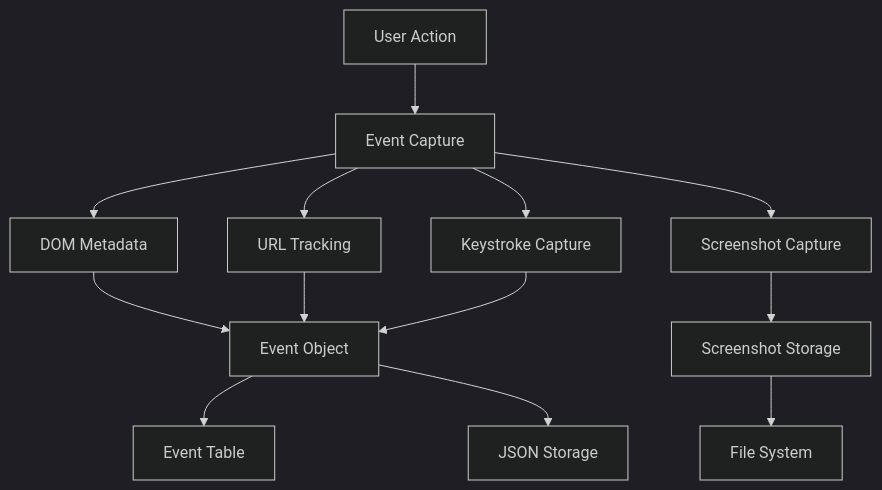
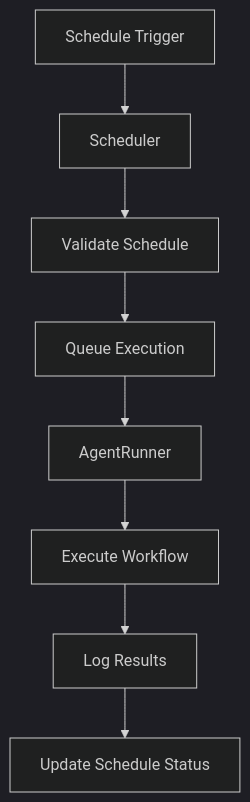
One commit to richvergo/subtract changed the tenth of 11 diagrams in ARCHITECTURE.md. Above: the diagram before and after it, drawn with Mermaid (dark theme). The commit also changed other lines of this file and 148 other files, not shown here.

````diff
--- a/ARCHITECTURE.md
+++ b/ARCHITECTURE.md
@@ -140,15 +372,10 @@
 ```mermaid
 graph TD
-    A[User Action] --> B[Event Capture]
-    B --> C[DOM Metadata]
-    B --> D[URL Tracking]
-    B --> E[Keystroke Capture]
-    B --> F[Screenshot Capture]
-    C --> G[Event Object]
-    D --> G
-    E --> G
-    F --> H[Screenshot Storage]
-    H --> I[File System]
-    G --> J[Event Table]
-    G --> K[JSON Storage]
+    A[Schedule Trigger] --> B[Scheduler]
+    B --> C[Validate Schedule]
+    C --> D[Queue Execution]
+    D --> E[AgentRunner]
+    E --> F[Execute Workflow]
+    F --> G[Log Results]
+    G --> H[Update Schedule Status]
 ```
````
